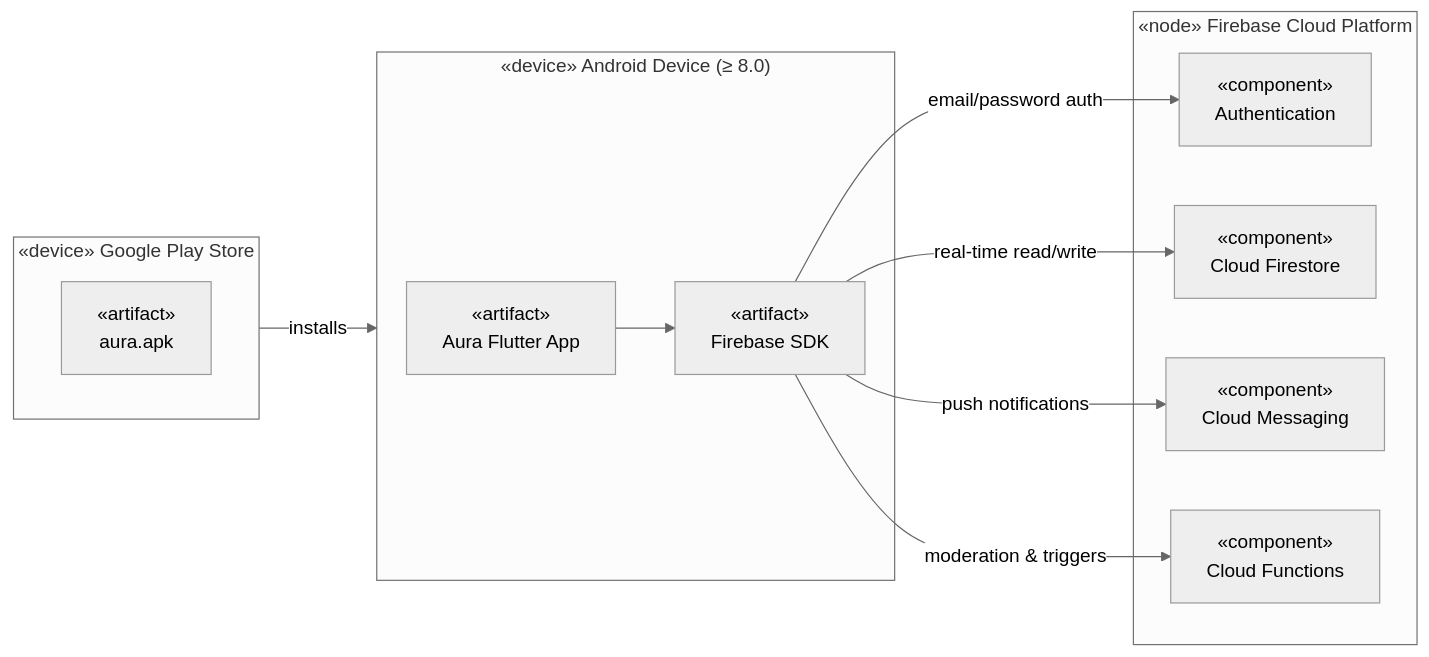
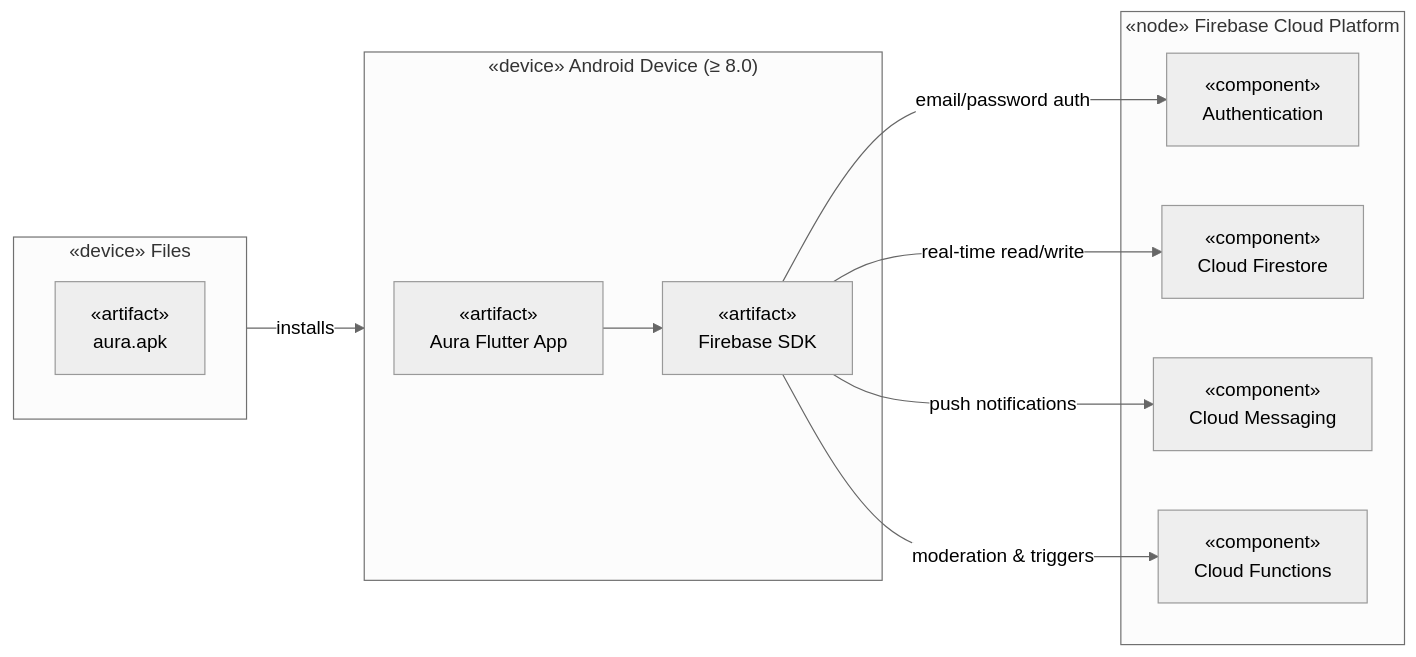
One commit to danielramaa/aura changed the third of 3 diagrams in README.md. Above: the diagram before and after it, drawn with Mermaid (neutral theme).

Commit message:
Fix device representation in README diagram
Updated diagram to reflect the correct device representation.

````diff
--- a/README.md
+++ b/README.md
@@ -435,25 +435,25 @@
 ```mermaid
 graph LR
-    subgraph PlayStore["«device» Google Play Store"]
+    subgraph PlayStore["«device» Files"]
         APK["«artifact»\naura.apk"]
     end
 
     subgraph UserDevice["«device» Android Device (≥ 8.0)"]
         APP["«artifact»\nAura Flutter App"]
         SDK["«artifact»\nFirebase SDK"]
         APP --> SDK
     end
 
     subgraph Firebase["«node» Firebase Cloud Platform"]
         AUTH["«component»\nAuthentication"]
         DB["«component»\nCloud Firestore"]
         FCM["«component»\nCloud Messaging"]
         CF["«component»\nCloud Functions"]
     end
 
     PlayStore -->|installs| UserDevice
     SDK -->|email/password auth| AUTH
     SDK -->|real-time read/write| DB
     SDK -->|push notifications| FCM
     SDK -->|moderation & triggers| CF
 ```
````
